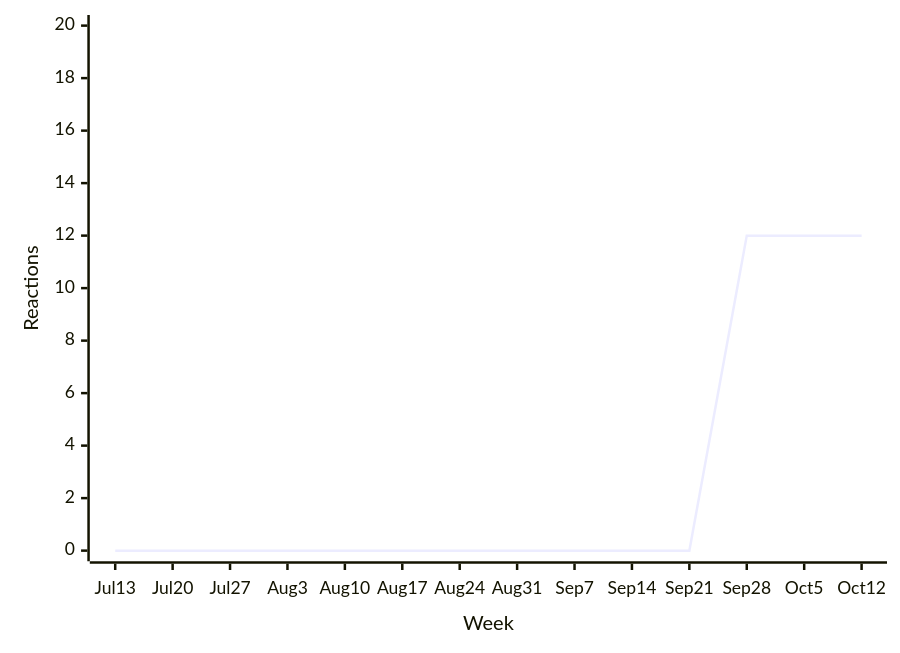
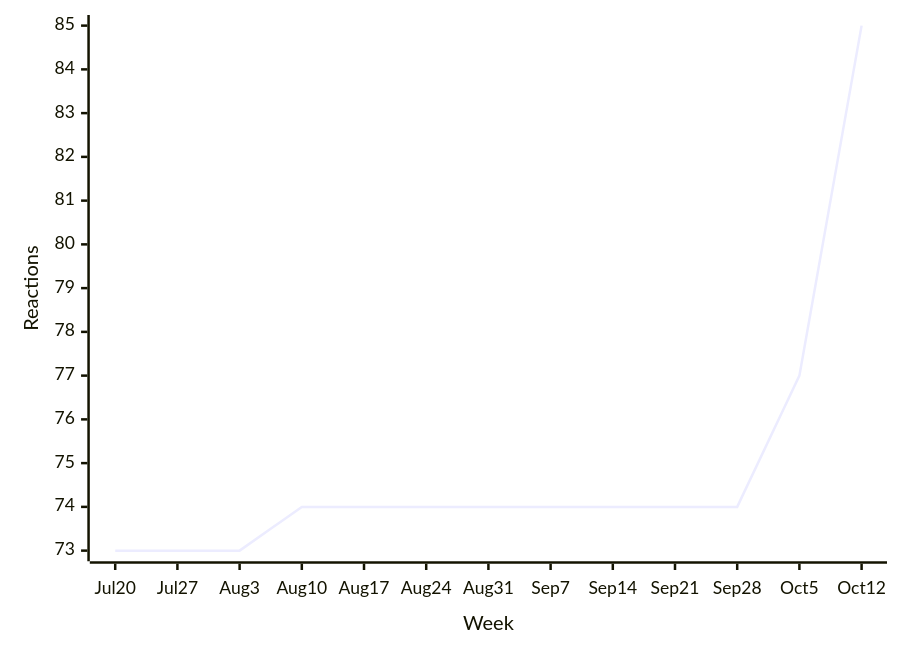
One commit to loic-sharma/github-insights changed diagram 12 of 38 in README.md. Above: the diagram before and after it, drawn with Mermaid. The commit also changed other lines of this file and 3 other files, not shown here.

````diff
--- a/README.md
+++ b/README.md
@@ -511,6 +511,6 @@
   ```mermaid
   xychart-beta
-    x-axis "Week" [Jul 13, Jul 20, Jul 27, Aug 3, Aug 10, Aug 17, Aug 24, Aug 31, Sep 7, Sep 14, Sep 21, Sep 28, Oct 5, Oct 12]
-    y-axis "Reactions" 0 --> 20
-    line [0, 0, 0, 0, 0, 0, 0, 0, 0, 0, 0, 12, 12, 12]
+    x-axis "Week" [Jul 20, Jul 27, Aug 3, Aug 10, Aug 17, Aug 24, Aug 31, Sep 7, Sep 14, Sep 21, Sep 28, Oct 5, Oct 12]
+    y-axis "Reactions"
+    line [73, 73, 73, 74, 74, 74, 74, 74, 74, 74, 74, 77, 85]
   ```
````
